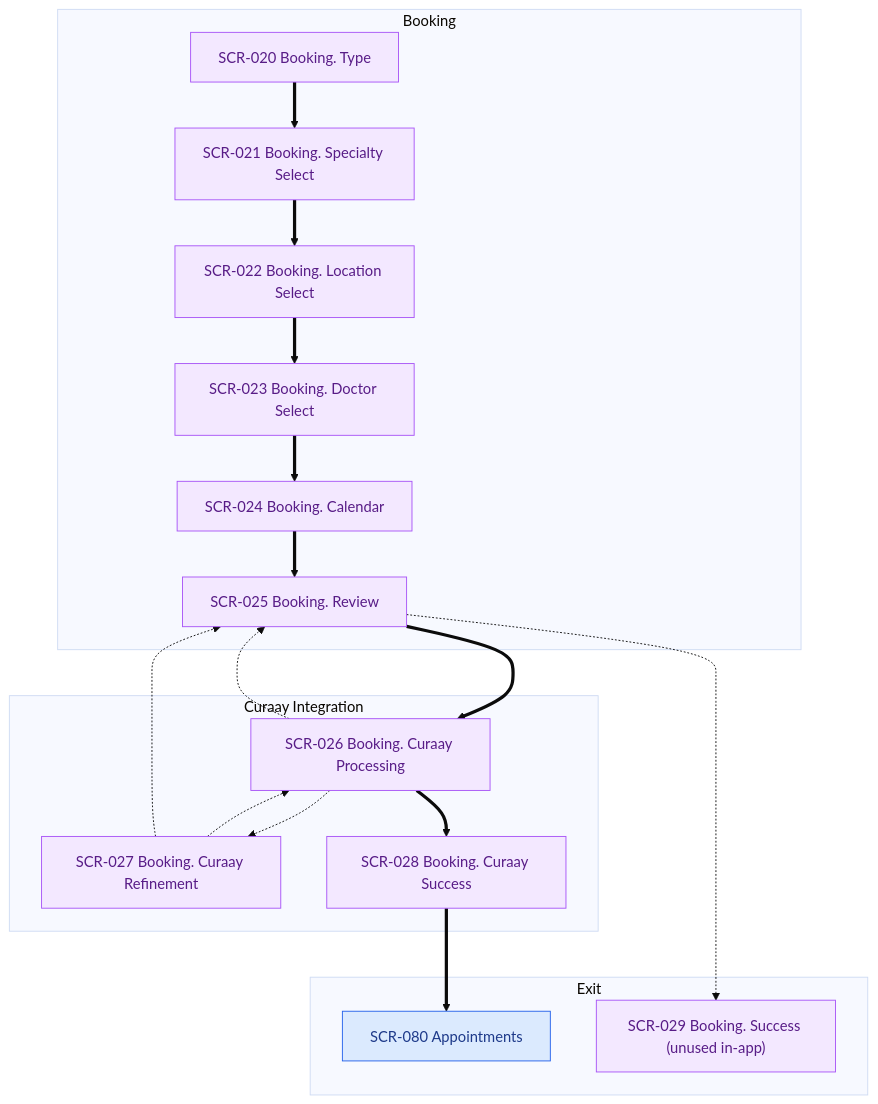
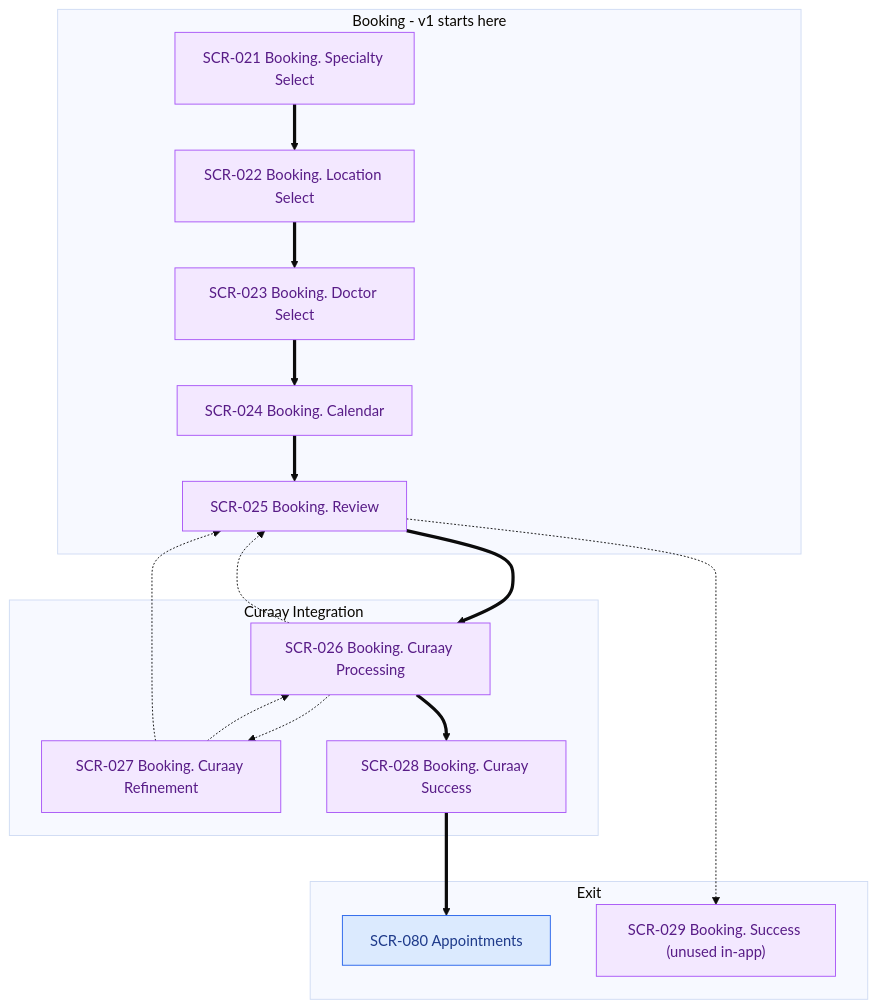
One commit to garyctc/MedAlpha-Flow changed the second of 4 diagrams in docs/artifacts/userflows/FLOWS.md. Above: the diagram before and after it, drawn with Mermaid (base theme). The commit also changed other lines of this file and 7 other files, not shown here.

````diff
--- a/docs/artifacts/userflows/FLOWS.md
+++ b/docs/artifacts/userflows/FLOWS.md
@@ -52,40 +54,39 @@
 ```mermaid
 graph TD
   %% Class palette (domain colors)
   classDef appt fill:#DBEAFE,stroke:#2563EB,color:#1E3A8A;
   classDef booking fill:#F3E8FF,stroke:#A855F7,color:#581C87;
 
-  subgraph BOOKING[Booking]
-    booking-type["SCR-020 Booking. Type"]
+  subgraph BOOKING[Booking - v1 starts here]
     booking-specialty["SCR-021 Booking. Specialty Select"]
     booking-location["SCR-022 Booking. Location Select"]
     booking-doctors["SCR-023 Booking. Doctor Select"]
     booking-calendar["SCR-024 Booking. Calendar"]
     booking-review["SCR-025 Booking. Review"]
   end
 
   subgraph CURAAY[Curaay Integration]
     booking-curaay-processing["SCR-026 Booking. Curaay Processing"]
     booking-curaay-refinement["SCR-027 Booking. Curaay Refinement"]
     booking-curaay-success["SCR-028 Booking. Curaay Success"]
   end
 
   subgraph EXIT[Exit]
     appt-list["SCR-080 Appointments"]
     booking-success["SCR-029 Booking. Success (unused in-app)"]
   end
 
-  booking-type ==> booking-specialty ==> booking-location ==> booking-doctors ==> booking-calendar ==> booking-review
+  booking-specialty ==> booking-location ==> booking-doctors ==> booking-calendar ==> booking-review
   booking-review ==> booking-curaay-processing ==> booking-curaay-success ==> appt-list
   booking-curaay-processing -.-> booking-curaay-refinement
   booking-curaay-refinement -.-> booking-curaay-processing
   booking-curaay-refinement -.-> booking-review
   booking-curaay-processing -.-> booking-review
 
   booking-review -.-> booking-success
 
-  class booking-type,booking-specialty,booking-location,booking-doctors,booking-calendar,booking-review booking;
+  class booking-specialty,booking-location,booking-doctors,booking-calendar,booking-review booking;
   class booking-curaay-processing,booking-curaay-refinement,booking-curaay-success booking;
   class appt-list appt;
   class booking-success booking;
 ```
````
